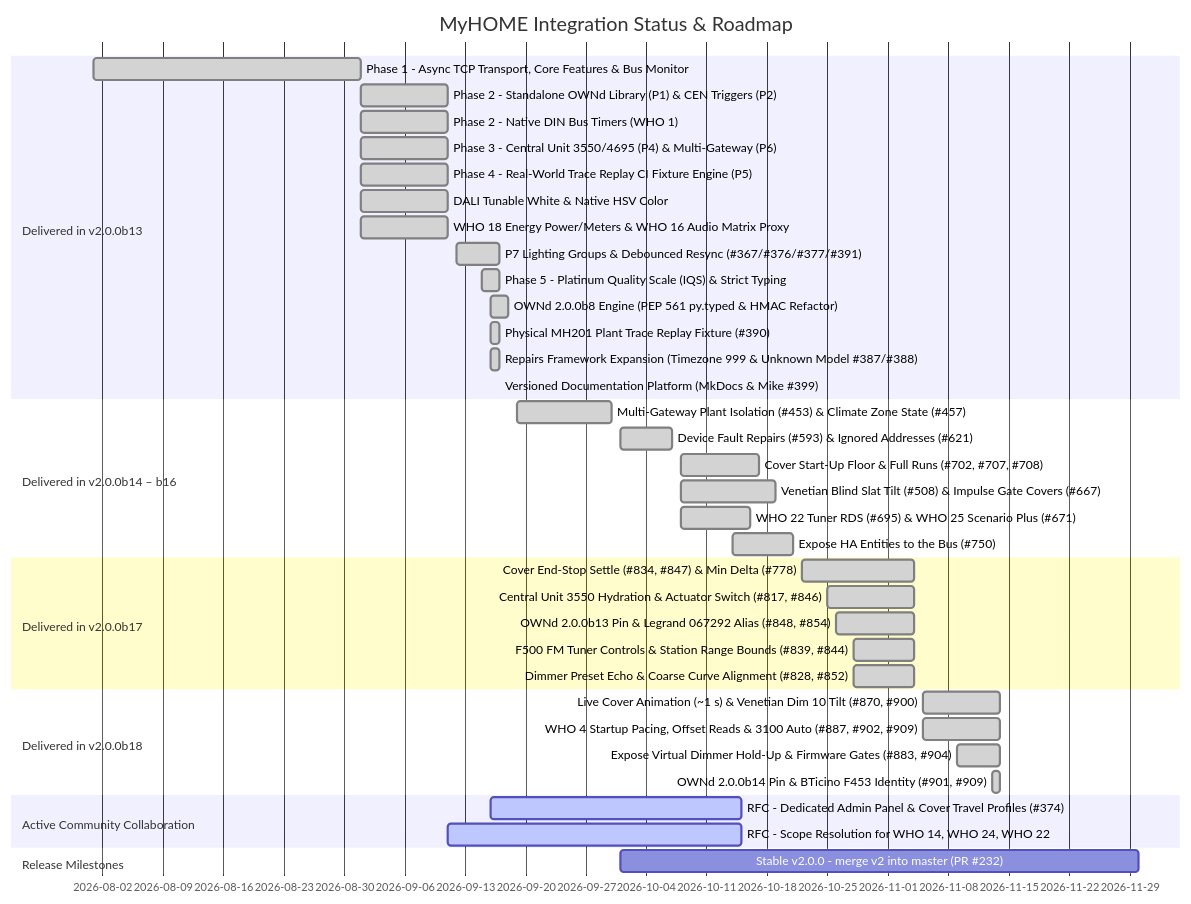
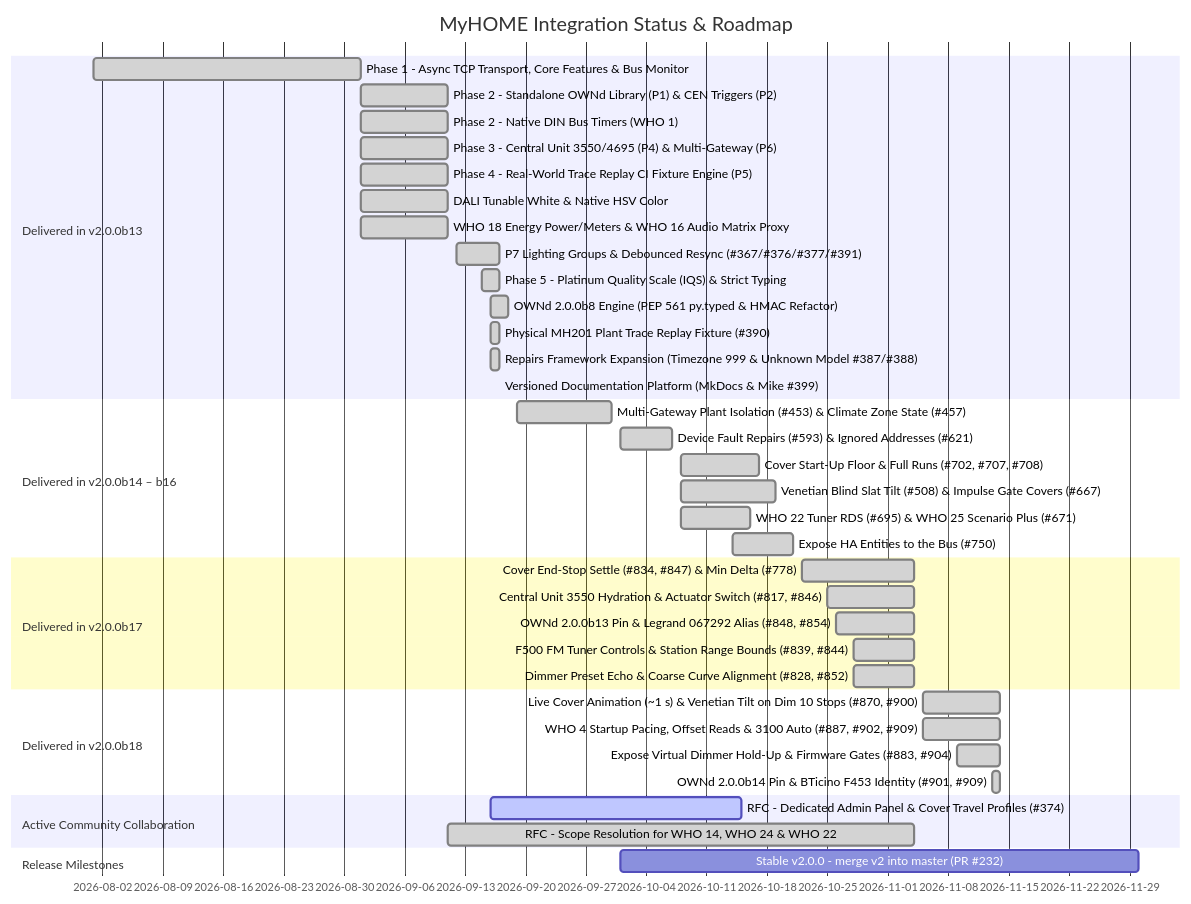
The first of 3 diagrams in ROADMAP.md (OpenWebNet-HA/MyHOME), drawn with Mermaid before and after one commit. The commit also changed other lines of this file and 96 other files, not shown here.

````diff
--- a/ROADMAP.md
+++ b/ROADMAP.md
@@ -13,42 +13,42 @@
 ```mermaid
 gantt
     title MyHOME Integration Status & Roadmap
     dateFormat  YYYY-MM-DD
     section Delivered in v2.0.0b13
     Phase 1 - Async TCP Transport, Core Features & Bus Monitor      :done, 2026-08-01, 2026-09-01
     Phase 2 - Standalone OWNd Library (P1) & CEN Triggers (P2)      :done, 2026-09-01, 2026-09-11
     Phase 2 - Native DIN Bus Timers (WHO 1)                         :done, 2026-09-01, 2026-09-11
     Phase 3 - Central Unit 3550/4695 (P4) & Multi-Gateway (P6)      :done, 2026-09-01, 2026-09-11
     Phase 4 - Real-World Trace Replay CI Fixture Engine (P5)        :done, 2026-09-01, 2026-09-11
     DALI Tunable White & Native HSV Color                           :done, 2026-09-01, 2026-09-11
     WHO 18 Energy Power/Meters & WHO 16 Audio Matrix Proxy          :done, 2026-09-01, 2026-09-11
     P7 Lighting Groups & Debounced Resync (#367/#376/#377/#391)     :done, 2026-09-12, 2026-09-17
     Phase 5 - Platinum Quality Scale (IQS) & Strict Typing          :done, 2026-09-15, 2026-09-17
     OWNd 2.0.0b8 Engine (PEP 561 py.typed & HMAC Refactor)          :done, 2026-09-16, 2026-09-18
     Physical MH201 Plant Trace Replay Fixture (#390)                :done, 2026-09-16, 2026-09-17
     Repairs Framework Expansion (Timezone 999 & Unknown Model #387/#388) :done, 2026-09-16, 2026-09-17
     Versioned Documentation Platform (MkDocs & Mike #399)           :done, 2026-09-17, 2026-09-17
     section Delivered in v2.0.0b14 – b16
     Multi-Gateway Plant Isolation (#453) & Climate Zone State (#457) :done, 2026-09-19, 2026-09-30
     Device Fault Repairs (#593) & Ignored Addresses (#621)          :done, 2026-10-01, 2026-10-07
     Cover Start-Up Floor & Full Runs (#702, #707, #708)             :done, 2026-10-08, 2026-10-17
     Venetian Blind Slat Tilt (#508) & Impulse Gate Covers (#667)    :done, 2026-10-08, 2026-10-19
     WHO 22 Tuner RDS (#695) & WHO 25 Scenario Plus (#671)           :done, 2026-10-08, 2026-10-16
     Expose HA Entities to the Bus (#750)                            :done, 2026-10-14, 2026-10-21
     section Delivered in v2.0.0b17
     Cover End-Stop Settle (#834, #847) & Min Delta (#778)           :done, 2026-10-22, 2026-11-04
     Central Unit 3550 Hydration & Actuator Switch (#817, #846)       :done, 2026-10-25, 2026-11-04
     OWNd 2.0.0b13 Pin & Legrand 067292 Alias (#848, #854)           :done, 2026-10-26, 2026-11-04
     F500 FM Tuner Controls & Station Range Bounds (#839, #844)       :done, 2026-10-28, 2026-11-04
     Dimmer Preset Echo & Coarse Curve Alignment (#828, #852)         :done, 2026-10-28, 2026-11-04
     section Delivered in v2.0.0b18
-    Live Cover Animation (~1 s) & Venetian Dim 10 Tilt (#870, #900)  :done, 2026-11-05, 2026-11-14
+    Live Cover Animation (~1 s) & Venetian Tilt on Dim 10 Stops (#870, #900) :done, 2026-11-05, 2026-11-14
     WHO 4 Startup Pacing, Offset Reads & 3100 Auto (#887, #902, #909) :done, 2026-11-05, 2026-11-14
     Expose Virtual Dimmer Hold-Up & Firmware Gates (#883, #904)      :done, 2026-11-09, 2026-11-14
     OWNd 2.0.0b14 Pin & BTicino F453 Identity (#901, #909)           :done, 2026-11-13, 2026-11-14
     section Active Community Collaboration
     RFC - Dedicated Admin Panel & Cover Travel Profiles (#374)      :active, 2026-09-16, 2026-10-15
-    RFC - Scope Resolution for WHO 14, WHO 24, WHO 22               :active, 2026-09-11, 2026-10-15
+    RFC - Scope Resolution for WHO 14, WHO 24 & WHO 22              :done, 2026-09-11, 2026-11-04
     section Release Milestones
     Stable v2.0.0 - merge v2 into master (PR #232)                  :2026-10-01, 2026-11-30
 ```
````
